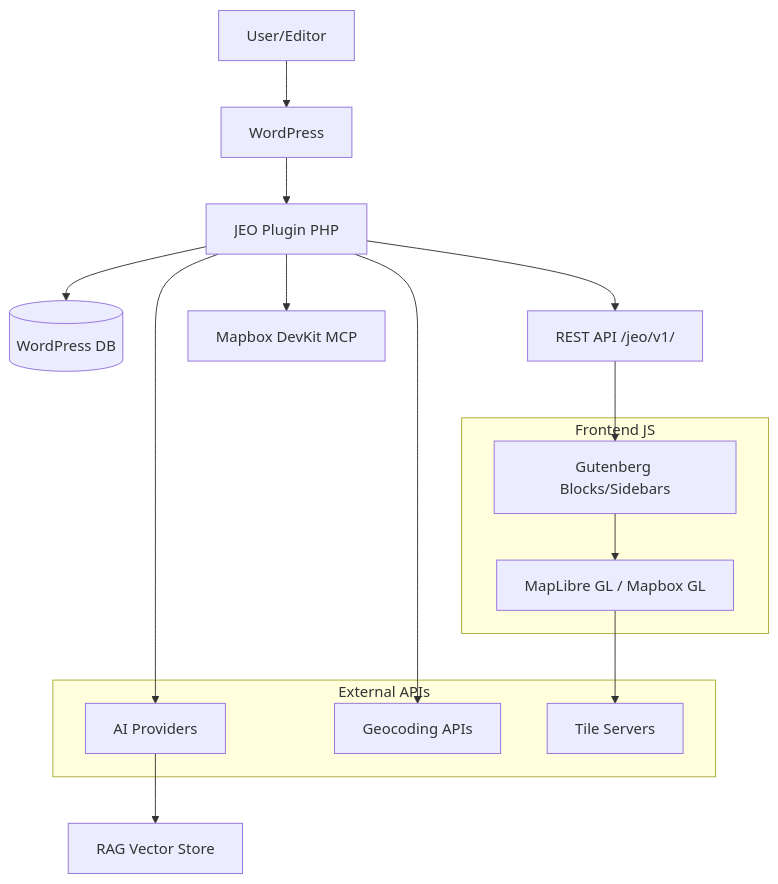
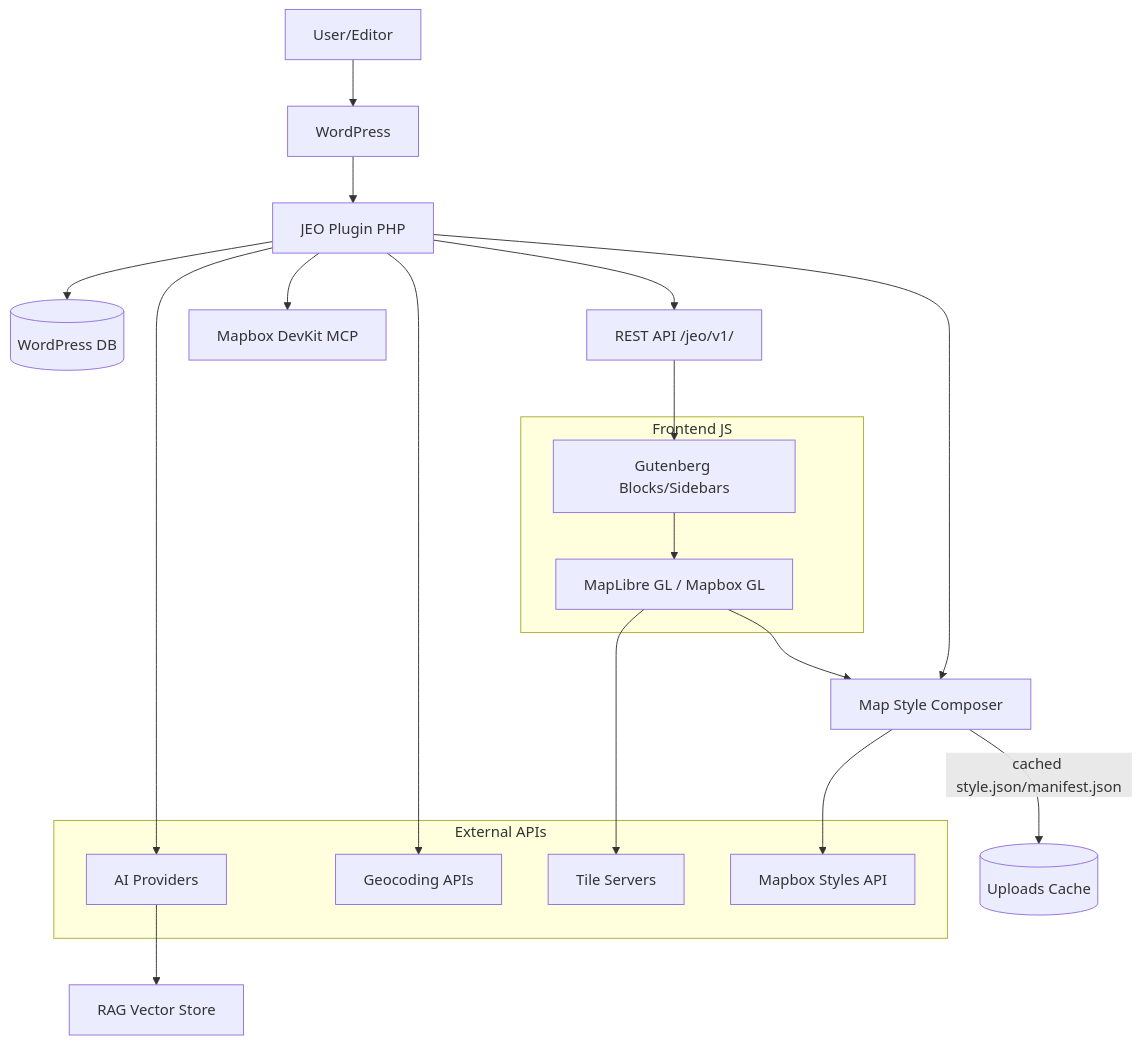
One commit to InfoAmazonia/jeo-plugin changed the first of 2 diagrams in .architecture/README.md. Above: the diagram before and after it, drawn with Mermaid. The commit also changed other lines of this file and 8 other files, not shown here.

Commit message:
Update architecture docs

````diff
--- a/.architecture/README.md
+++ b/.architecture/README.md
@@ -94,25 +96,30 @@
 ```mermaid
 graph TB
     User[User/Editor] --> WP[WordPress]
     WP --> JEO[JEO Plugin PHP]
     JEO --> DB[(WordPress DB)]
     JEO --> REST[REST API /jeo/v1/]
+    JEO --> MSC[Map Style Composer]
+    MSC --> |cached style.json/manifest.json| CACHE[(Uploads Cache)]
     REST --> GB[Gutenberg Blocks/Sidebars]
     GB --> ML[MapLibre GL / Mapbox GL]
+    ML --> MSC
     JEO --> AI[AI Providers]
     JEO --> GEO[Geocoding APIs]
     JEO --> MCP[Mapbox DevKit MCP]
     AI --> RAG[RAG Vector Store]
     ML --> Tiles[Tile Servers]
+    MSC --> MBX[Mapbox Styles API]
     
     subgraph Frontend JS
         GB
         ML
     end
     
     subgraph External APIs
         AI
         GEO
         Tiles
+        MBX
     end
 ```
````
